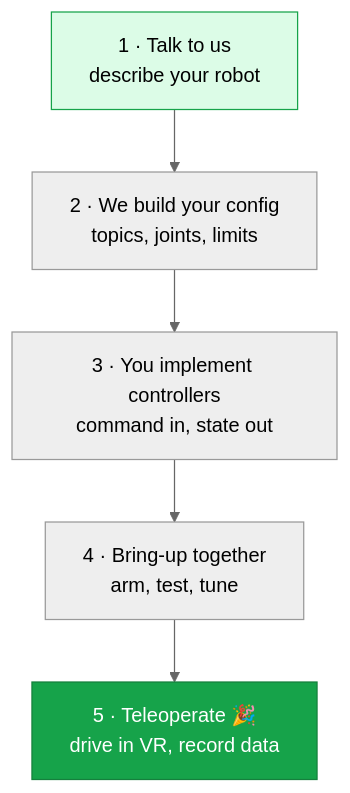
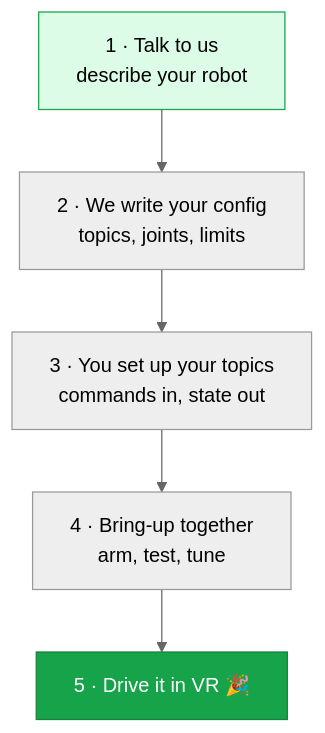
The diagram in quickstart.mdx (avearobotics/docs), drawn with Mermaid (neutral theme) before and after one commit. The commit also changed other lines of this file and 10 other files, not shown here.

````diff
--- a/quickstart.mdx
+++ b/quickstart.mdx
@@ -10,10 +8,10 @@
 ```mermaid
 flowchart TD
-    A["1 · Talk to us<br/>describe your robot"] --> B["2 · We build your config<br/>topics, joints, limits"]
-    B --> C["3 · You implement controllers<br/>command in, state out"]
+    A["1 · Talk to us<br/>describe your robot"] --> B["2 · We write your config<br/>topics, joints, limits"]
+    B --> C["3 · You set up your topics<br/>commands in, state out"]
     C --> D["4 · Bring-up together<br/>arm, test, tune"]
-    D --> E["5 · Teleoperate 🎉<br/>drive in VR, record data"]
+    D --> E["5 · Drive it in VR 🎉"]
 
     style A fill:#dcfce7,stroke:#16A34A
     style E fill:#16A34A,color:#fff,stroke:#15803D
 ```
````
